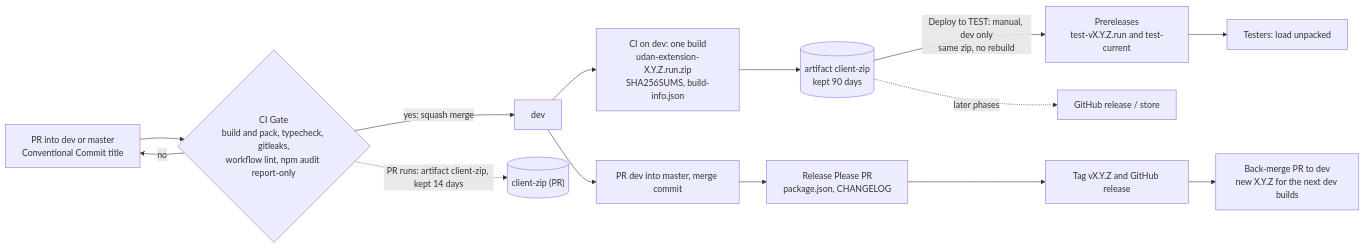
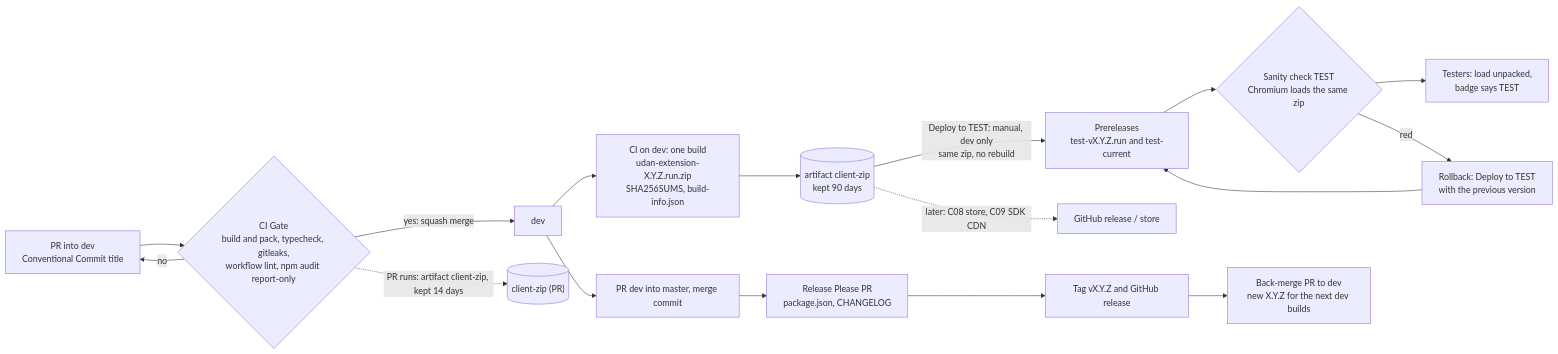
One commit to Digital-Assistant/Digital_Assistant_Client changed the diagram in README.md. Above: the diagram before and after it, drawn with Mermaid. The commit also changed other lines of this file and 2 other files, not shown here.

Commit message:
docs: document the Client CI/CD flow and agent rules

````diff
--- a/README.md
+++ b/README.md
@@ -59,16 +88,19 @@
 ```mermaid
 flowchart LR
-    PR["PR into dev or master<br/>Conventional Commit title"] --> CI{"CI Gate<br/>build and pack, typecheck, gitleaks,<br/>workflow lint, npm audit report-only"}
+    PR["PR into dev<br/>Conventional Commit title"] --> CI{"CI Gate<br/>build and pack, typecheck, gitleaks,<br/>workflow lint, npm audit report-only"}
     CI -- no --> PR
     CI -- "yes: squash merge" --> DEV["dev"]
     CI -. "PR runs: artifact client-zip, kept 14 days" .-> PZIP[("client-zip (PR)")]
     DEV --> BUILD["CI on dev: one build<br/>udan-extension-X.Y.Z.run.zip<br/>SHA256SUMS, build-info.json"]
     BUILD --> ZIP[("artifact client-zip<br/>kept 90 days")]
     ZIP -- "Deploy to TEST: manual, dev only<br/>same zip, no rebuild" --> PRE["Prereleases<br/>test-vX.Y.Z.run and test-current"]
-    PRE --> TESTERS["Testers: load unpacked"]
-    ZIP -. "later phases" .-> PROD["GitHub release / store"]
+    PRE --> SAN{"Sanity check TEST<br/>Chromium loads the same zip"}
+    SAN --> TESTERS["Testers: load unpacked,<br/>badge says TEST"]
+    SAN -- "red" --> RB["Rollback: Deploy to TEST<br/>with the previous version"]
+    RB --> PRE
+    ZIP -. "later: C08 store, C09 SDK CDN" .-> PROD["GitHub release / store"]
     DEV --> REL["PR dev into master, merge commit"]
     REL --> RP["Release Please PR<br/>package.json, CHANGELOG"]
     RP --> TAG["Tag vX.Y.Z and GitHub release"]
     TAG --> BM["Back-merge PR to dev<br/>new X.Y.Z for the next dev builds"]
 ```
````
